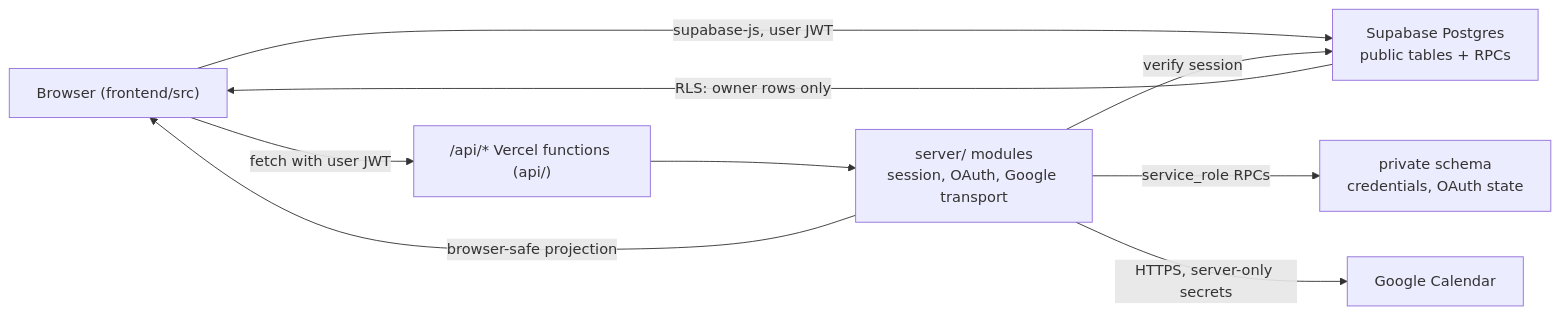
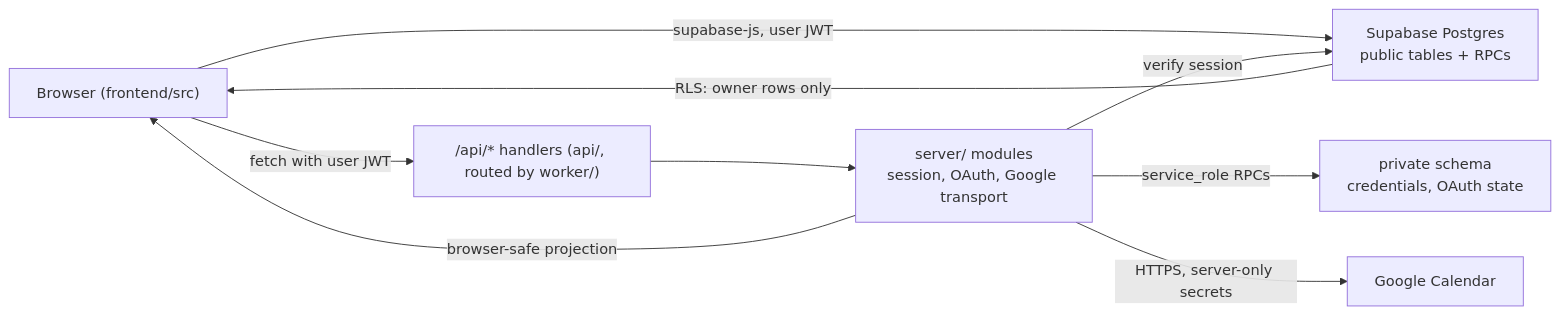
The diagram in docs/ARCHITECTURE.md (tobygodat/apraxia), drawn with Mermaid before and after one commit. The commit also changed other lines of this file and 5 other files, not shown here.

First line of the commit message:
Describe the Cloudflare Worker, not Vercel, as the live host (#116)

````diff
--- a/docs/ARCHITECTURE.md
+++ b/docs/ARCHITECTURE.md
@@ -8,18 +8,18 @@
 ```mermaid
 flowchart LR
   Browser["Browser (frontend/src)"]
   Supabase["Supabase Postgres\npublic tables + RPCs"]
-  ApiFn["/api/* Vercel functions (api/)"]
+  ApiFn["/api/* handlers (api/, routed by worker/)"]
   ServerMod["server/ modules\nsession, OAuth, Google transport"]
   Private["private schema\ncredentials, OAuth state"]
   Google["Google Calendar"]
 
   Browser -- "supabase-js, user JWT" --> Supabase
   Supabase -- "RLS: owner rows only" --> Browser
   Browser -- "fetch with user JWT" --> ApiFn
   ApiFn --> ServerMod
   ServerMod -- "verify session" --> Supabase
   ServerMod -- "service_role RPCs" --> Private
   ServerMod -- "HTTPS, server-only secrets" --> Google
   ServerMod -- "browser-safe projection" --> Browser
 ```
````
